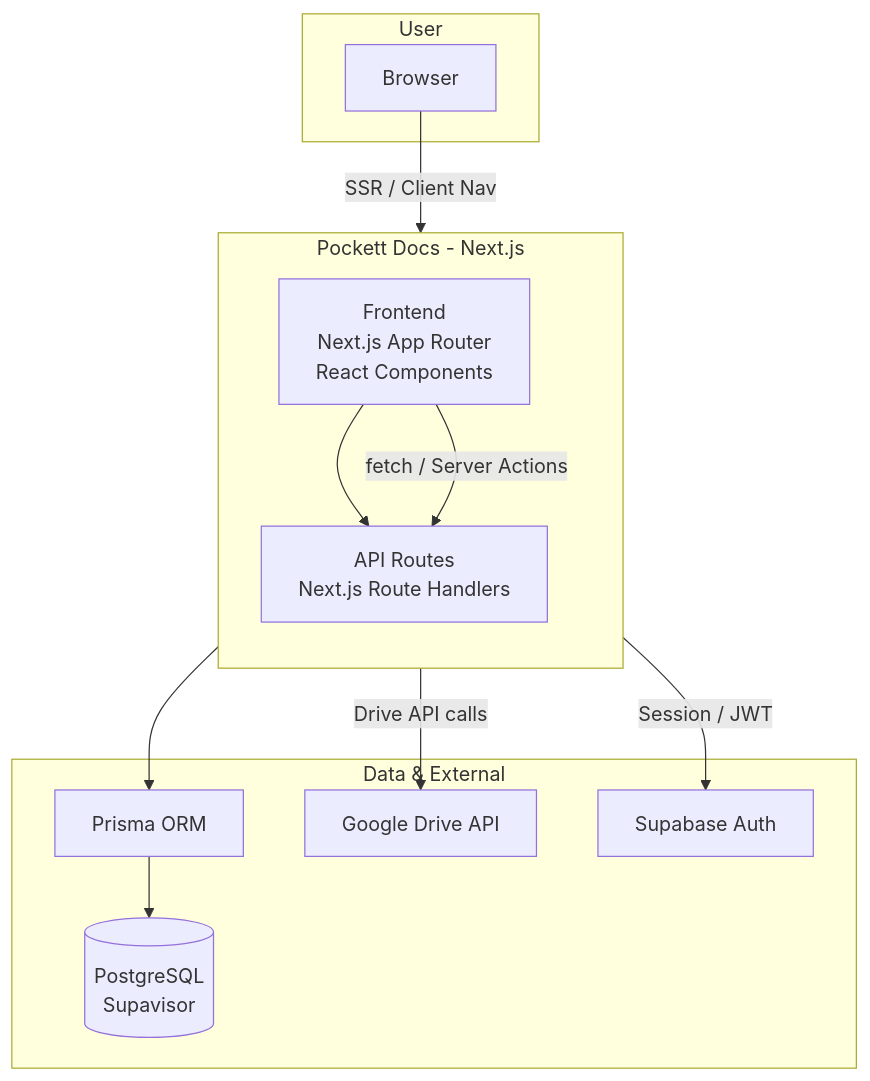
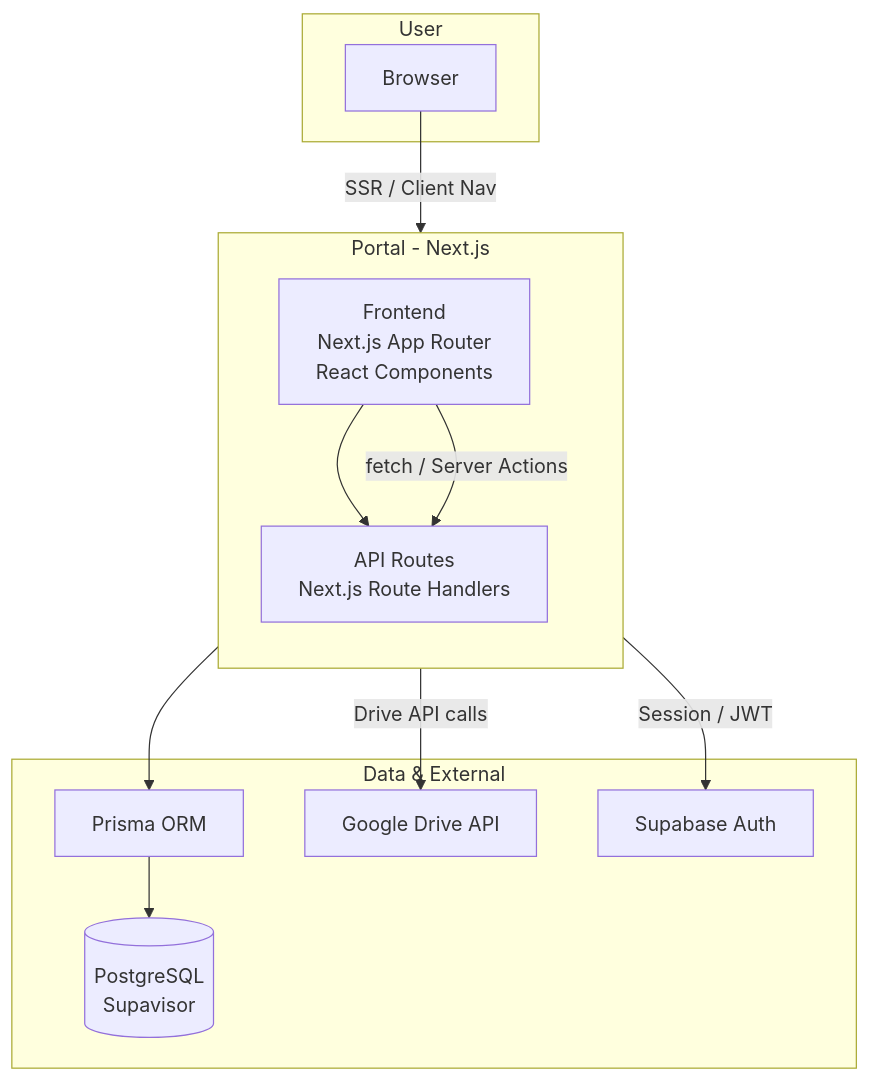
The second of 6 diagrams in docs/mvp/hld.md (pockett-one/pockett-docs), drawn with Mermaid before and after one commit. The commit also changed other lines of this file and 2 other files, not shown here.

````diff
--- a/docs/mvp/hld.md
+++ b/docs/mvp/hld.md
@@ -195,27 +270,27 @@
 ```mermaid
 flowchart TB
     subgraph User
         BROWSER[Browser]
     end
 
-    subgraph Pockett["Pockett Docs - Next.js"]
+    subgraph Portal["Portal - Next.js"]
         direction TB
         FE[Frontend<br/>Next.js App Router<br/>React Components]
         API[API Routes<br/>Next.js Route Handlers]
         FE --> API
     end
 
     subgraph Data["Data & External"]
         PRISMA[Prisma ORM]
         PG[(PostgreSQL<br/>Supavisor)]
         DRIVE[Google Drive API]
         AUTH[Supabase Auth]
     end
 
     BROWSER -->|"SSR / Client Nav"| FE
     FE -->|"fetch / Server Actions"| API
     API --> PRISMA
     API -->|"Drive API calls"| DRIVE
     API -->|"Session / JWT"| AUTH
     PRISMA --> PG
 ```
````
